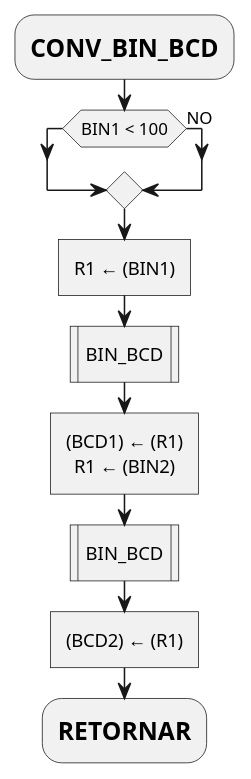
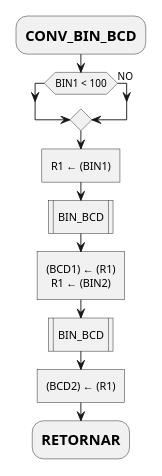
One commit to mlndz28/pr-623 changed diagram 12 of 23 in report.md. Above: the diagram before and after it, drawn with PlantUML. The commit also changed other lines of this file and 4 other files, not shown here.

Commit message:
docs: Parameters and diagrams

````diff
--- a/report.md
+++ b/report.md
@@ -372,15 +475,17 @@
 ```plantuml
 @startuml
+scale max 300 height
 skinparam monochrome true
 skinparam defaultTextAlignment center
 :=CONV_BIN_BCD;
 if(BIN1 < 100) then
 else (NO)
 endif
 :R1 ← (BIN1)]
 :BIN_BCD|
 :(BCD1) ← (R1)\nR1 ← (BIN2)]
 :BIN_BCD|
 :(BCD2) ← (R1)]
 :=RETORNAR;
+@enduml
 ```
````
